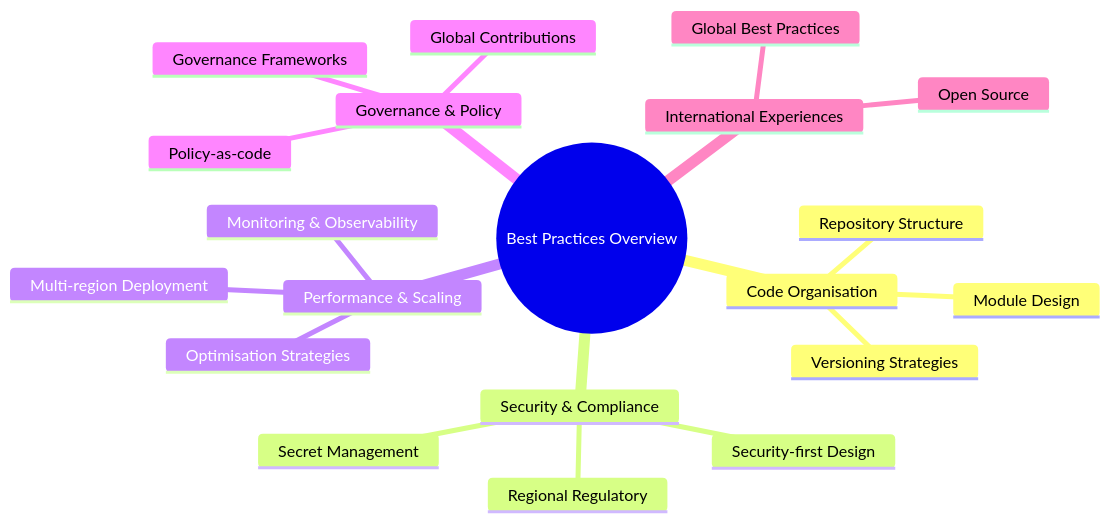
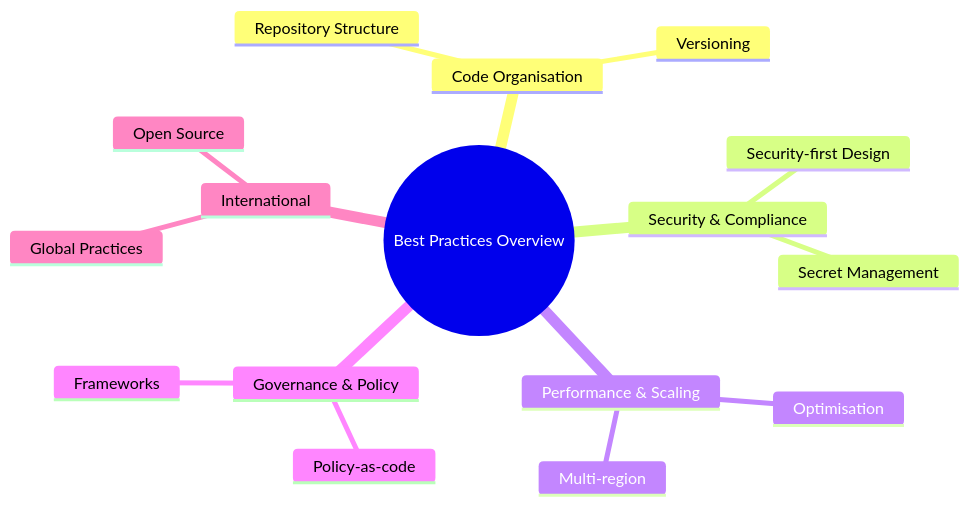
Before and after one commit to Geonitab/architecture_as_code: the diagram in docs/images/mindmap_22_best_practices.mmd, drawn with Mermaid. The commit also changed 10 other files, not shown here.

First line of the commit message:
Simplify complex diagrams to improve readability

```diff
--- a/docs/images/mindmap_22_best_practices.mmd
+++ b/docs/images/mindmap_22_best_practices.mmd
@@ -1,21 +1,17 @@
 mindmap
   root((Best Practices Overview))
     Code Organisation
       Repository Structure
-      Module Design
-      Versioning Strategies
+      Versioning
     Security & Compliance
       Security-first Design
-      Regional Regulatory
       Secret Management
     Performance & Scaling
-      Optimisation Strategies
-      Multi-region Deployment
-      Monitoring & Observability
+      Optimisation
+      Multi-region
     Governance & Policy
-      Governance Frameworks
       Policy-as-code
-      Global Contributions
-    International Experiences
-      Global Best Practices
+      Frameworks
+    International
+      Global Practices
       Open Source
```
